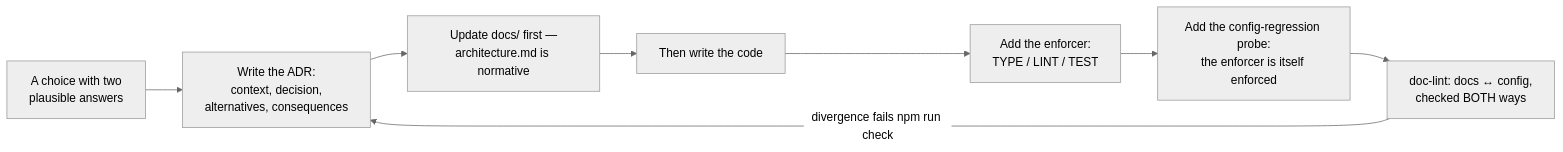
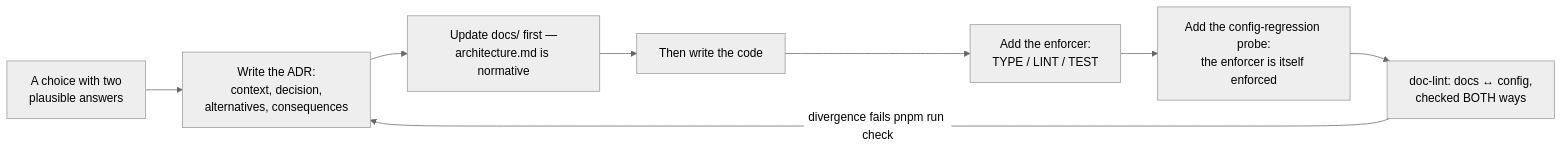
Before and after one commit to chomamateusz/agentproofarch: the diagram in website/docs/decisions/index.md, drawn with Mermaid (neutral theme). The commit also changed other lines of this file and 74 other files, not shown here.

First line of the commit message:
Toolchain: migrate npm -> pnpm (supply-chain hardening)

````diff
--- a/website/docs/decisions/index.md
+++ b/website/docs/decisions/index.md
@@ -14,10 +14,10 @@
 ```mermaid
 flowchart LR
     q["A choice with two<br/>plausible answers"] --> adr["Write the ADR:<br/>context, decision,<br/>alternatives, consequences"]
     adr --> docs["Update docs/ first —<br/>architecture.md is normative"]
     docs --> code["Then write the code"]
     code --> enf["Add the enforcer:<br/>TYPE / LINT / TEST"]
     enf --> probe["Add the config-regression probe:<br/>the enforcer is itself enforced"]
     probe --> dl["doc-lint: docs ↔ config,<br/>checked BOTH ways"]
-    dl -->|"divergence fails npm run check"| adr
+    dl -->|"divergence fails pnpm run check"| adr
 ```
````
